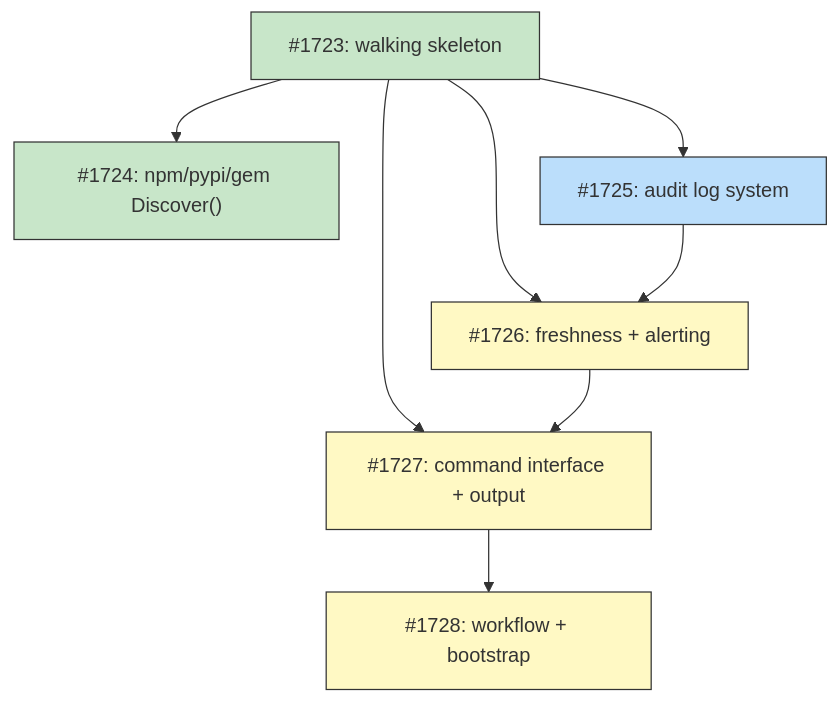
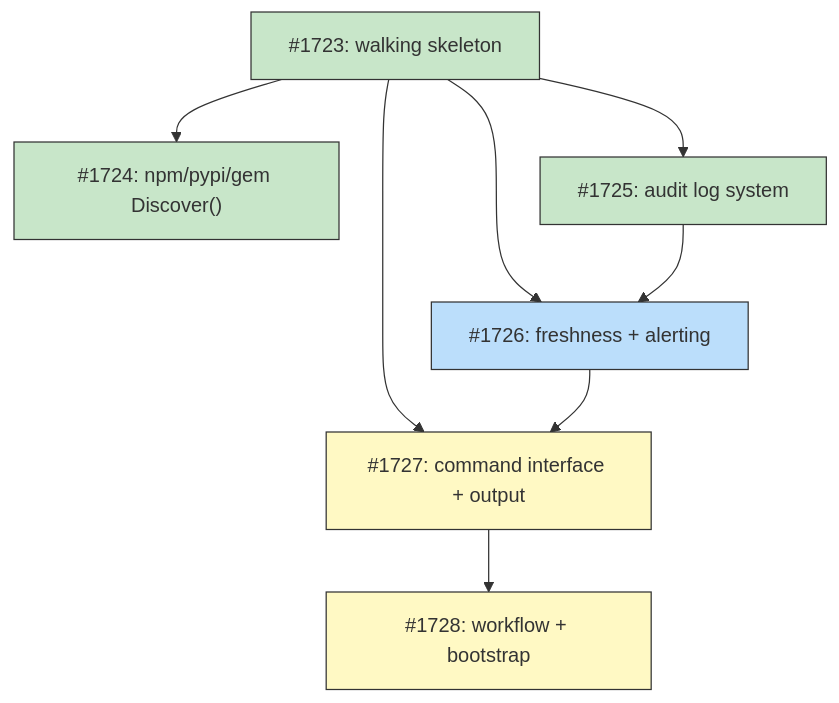
Before and after one commit to tsukumogami/tsuku: the diagram in docs/designs/DESIGN-automated-seeding.md, drawn with Mermaid. The commit also changed other lines of this file, not shown here.

Commit message:
docs(design): mark #1725 audit log system as done
Update dependency graph: #1726 freshness checking is now ready
(all blockers #1723, #1725 complete).

````diff
--- a/docs/designs/DESIGN-automated-seeding.md
+++ b/docs/designs/DESIGN-automated-seeding.md
@@ -55,29 +55,29 @@
 ```mermaid
 graph TD
     I1723["#1723: walking skeleton"]
     I1724["#1724: npm/pypi/gem Discover()"]
     I1725["#1725: audit log system"]
     I1726["#1726: freshness + alerting"]
     I1727["#1727: command interface + output"]
     I1728["#1728: workflow + bootstrap"]
 
     I1723 --> I1724
     I1723 --> I1725
     I1723 --> I1726
     I1725 --> I1726
     I1723 --> I1727
     I1726 --> I1727
     I1727 --> I1728
 
     classDef done fill:#c8e6c9,stroke:#333
     classDef ready fill:#bbdefb,stroke:#333
     classDef blocked fill:#fff9c4,stroke:#333
     classDef needsDesign fill:#e1bee7,stroke:#333
 
     class I1723 done
     class I1724 done
-    class I1725 ready
-    class I1726 blocked
+    class I1725 done
+    class I1726 ready
     class I1727 blocked
     class I1728 blocked
 ```
````
